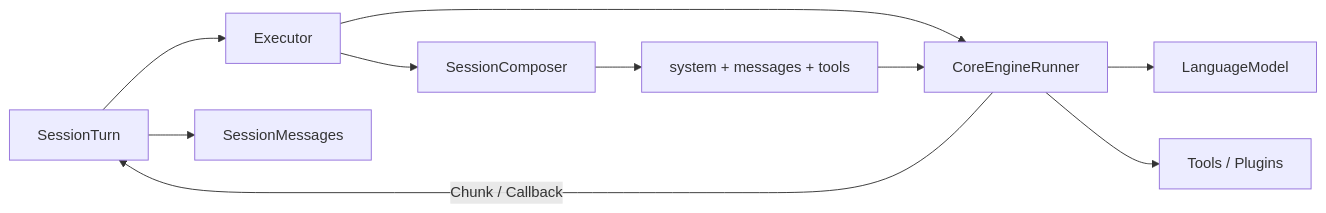
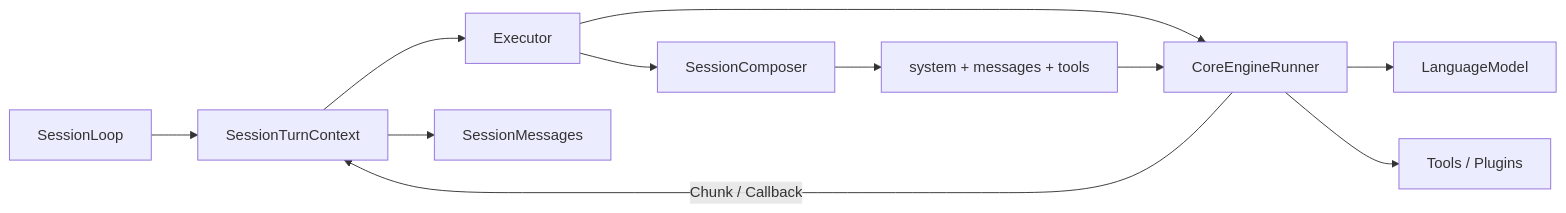
The diagram in packages/agent/src/executor/README.md (genesiscosmos/downcity), drawn with Mermaid before and after one commit. The commit also changed other lines of this file and 119 other files, not shown here.

````diff
--- a/packages/agent/src/executor/README.md
+++ b/packages/agent/src/executor/README.md
@@ -17,12 +18,13 @@
 ```mermaid
 flowchart LR
-    Turn["SessionTurn"] --> Executor
+    Loop["SessionLoop"] --> Context["SessionTurnContext"]
+    Context --> Executor
     Executor --> Composer["SessionComposer"]
     Composer --> Input["system + messages + tools"]
     Executor --> Engine["CoreEngineRunner"]
     Input --> Engine
     Engine --> Model["LanguageModel"]
     Engine --> Tools["Tools / Plugins"]
-    Engine -->|"Chunk / Callback"| Turn
-    Turn --> Messages["SessionMessages"]
+    Engine -->|"Chunk / Callback"| Context
+    Context --> Messages["SessionMessages"]
 ```
````
